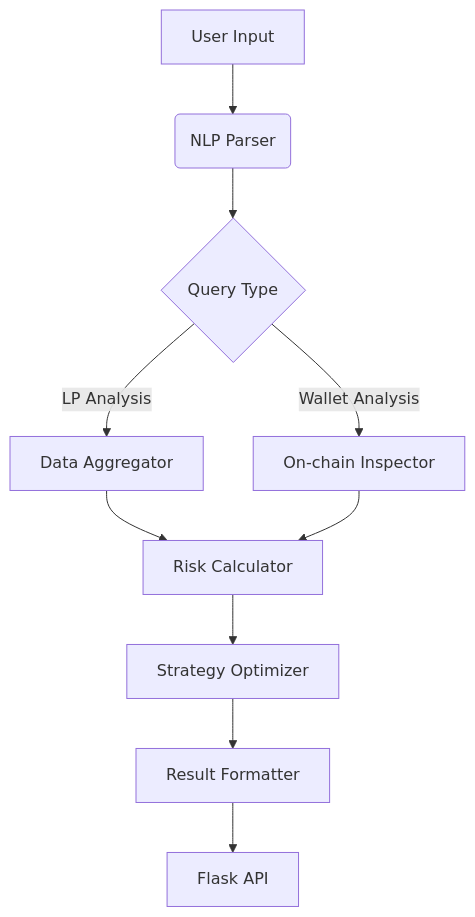
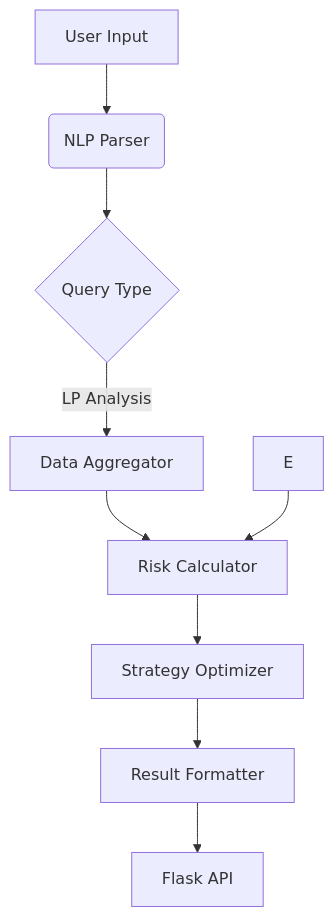
The diagram in README.md (devsxtra/meowfi_agent_monad), drawn with Mermaid before and after one commit.

````diff
--- a/README.md
+++ b/README.md
@@ -91,12 +91,11 @@
 ```mermaid
 graph TD
     A[User Input] --> B(NLP Parser)
     B --> C{Query Type}
     C -->|LP Analysis| D[Data Aggregator]
-    C -->|Wallet Analysis| E[On-chain Inspector]
     D --> F[Risk Calculator]
     E --> F
     F --> G[Strategy Optimizer]
     G --> H[Result Formatter]
     H --> I[Flask API]
 ```
````
